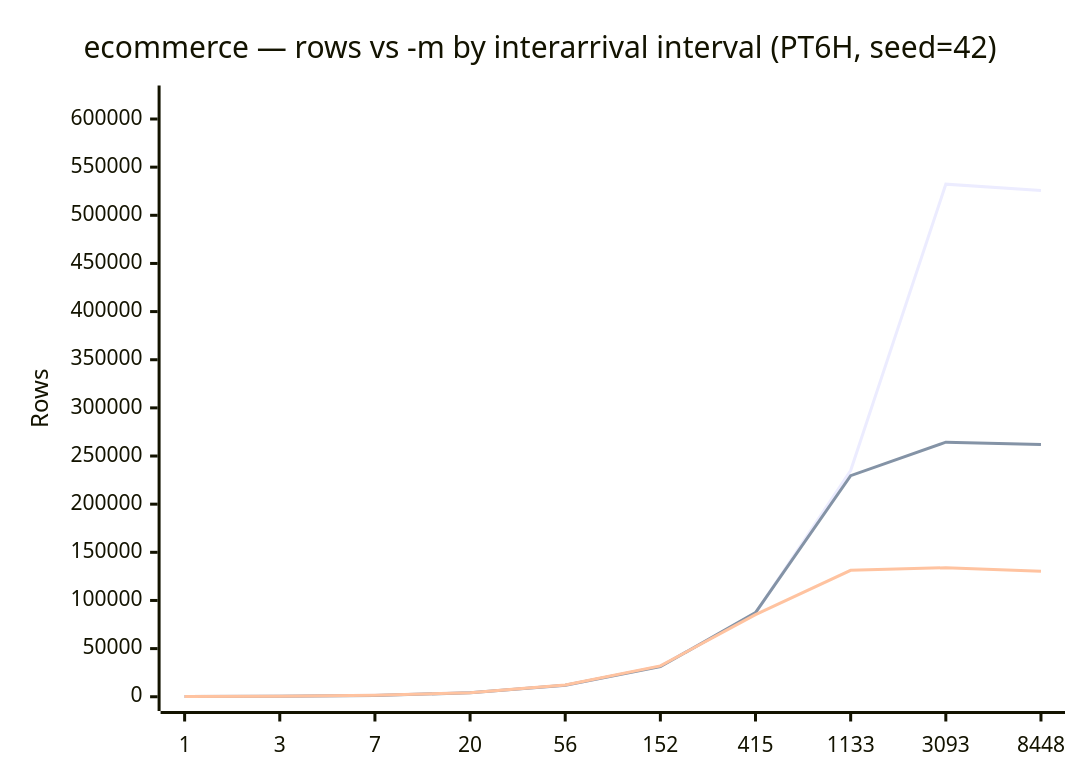
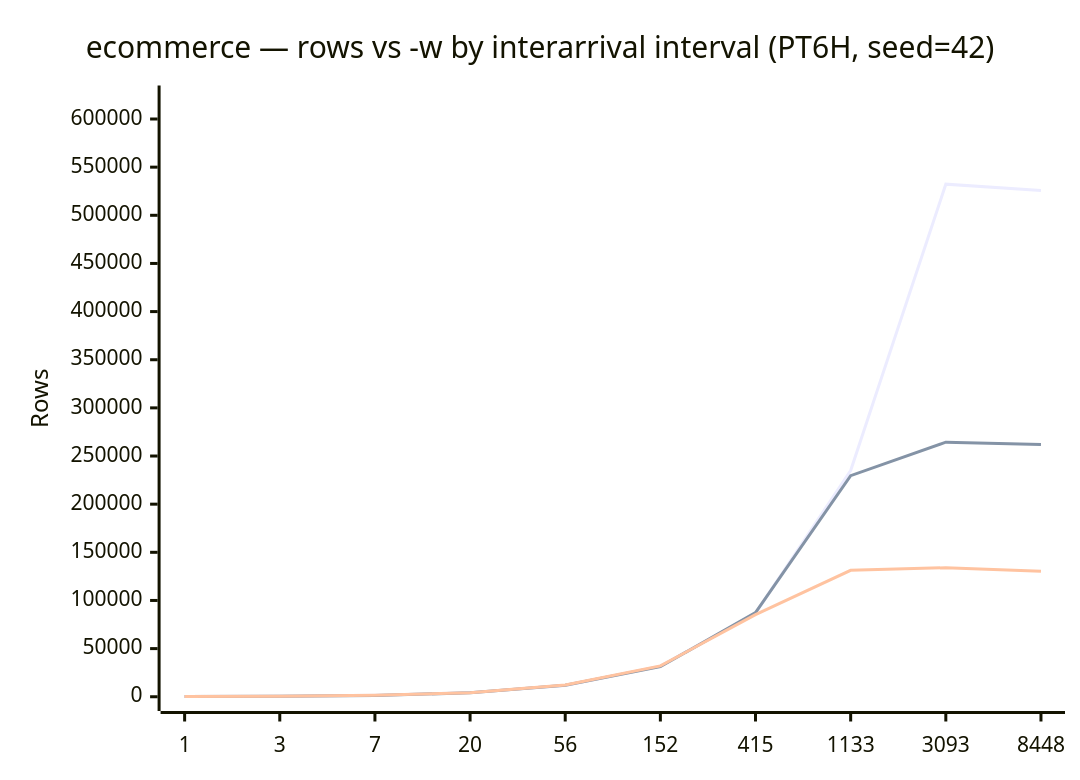
Before and after one commit to implydata/imply-eventgenerator: the fifth of 5 diagrams in docs/presets/ecommerce.md, drawn with Mermaid. The commit also changed other lines of this file and 22 other files, not shown here.

````diff
--- a/docs/presets/ecommerce.md
+++ b/docs/presets/ecommerce.md
@@ -208,9 +208,9 @@
 ```mermaid
 xychart-beta
-    title "ecommerce — rows vs -m by interarrival interval (PT6H, seed=42)"
+    title "ecommerce — rows vs -w by interarrival interval (PT6H, seed=42)"
     x-axis [1, 3, 7, 20, 56, 152, 415, 1133, 3093, 8448]
     y-axis "Rows" 0 --> 620000
     line [197, 601, 1458, 4285, 11708, 31825, 86819, 234991, 532345, 525774]
     line [198, 628, 1392, 4056, 11923, 31217, 87414, 229624, 264361, 262022]
     line [198, 641, 1565, 4072, 12312, 32013, 85211, 131340, 134027, 130399]
 ```
````
